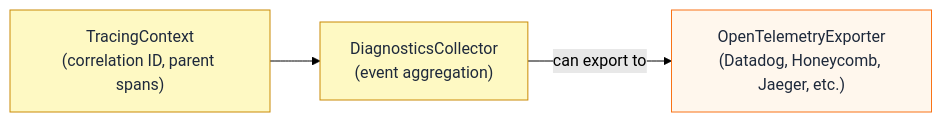
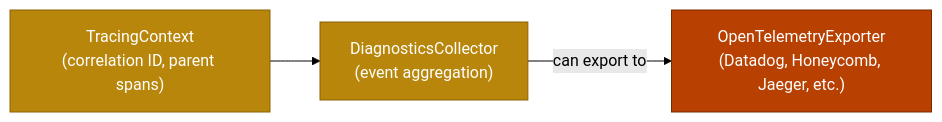
One commit to jaypatrick/adblock-compiler changed the tenth of 19 diagrams in docs/development/ARCHITECTURE.md. Above: the diagram before and after it, drawn with Mermaid (forest theme). The commit also changed other lines of this file and 6 other files, not shown here.

First line of the commit message:
fix: Mermaid diagram errors, dark theme compatibility, and mdhelp scroll reset (#1540)

````diff
--- a/docs/development/ARCHITECTURE.md
+++ b/docs/development/ARCHITECTURE.md
@@ -396,11 +396,11 @@
 ```mermaid
 flowchart LR
-    classDef core fill:#fef9c3,stroke:#ca8a04,color:#1e293b
-    classDef module fill:#f0fdf4,stroke:#22c55e,color:#1e293b
-    classDef observability fill:#fff7ed,stroke:#f97316,color:#1e293b
+    classDef core fill:#b8860b,stroke:#8a6208,color:#fff
+    classDef module fill:#1b5e20,stroke:#0a3010,color:#fff
+    classDef observability fill:#b84000,stroke:#7a2900,color:#fff
     TC["TracingContext\n(correlation ID, parent spans)"]:::core
     DC["DiagnosticsCollector\n(event aggregation)"]:::core
     OTE["OpenTelemetryExporter\n(Datadog, Honeycomb, Jaeger, etc.)"]:::observability
     TC --> DC
     DC -->|can export to| OTE
 ```
````
